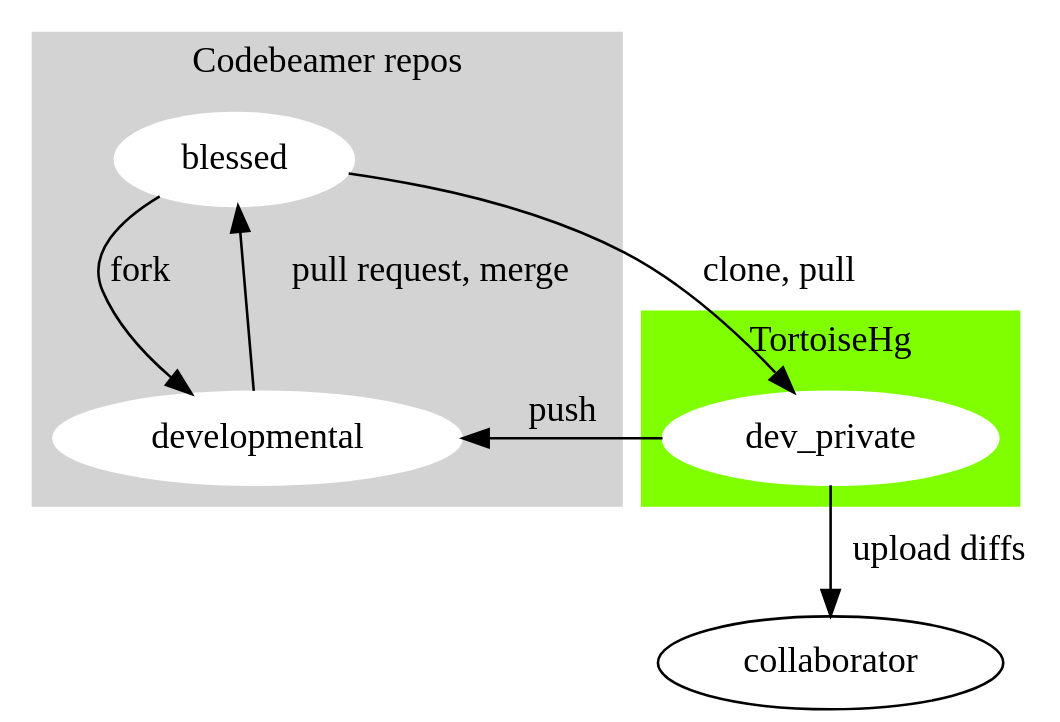
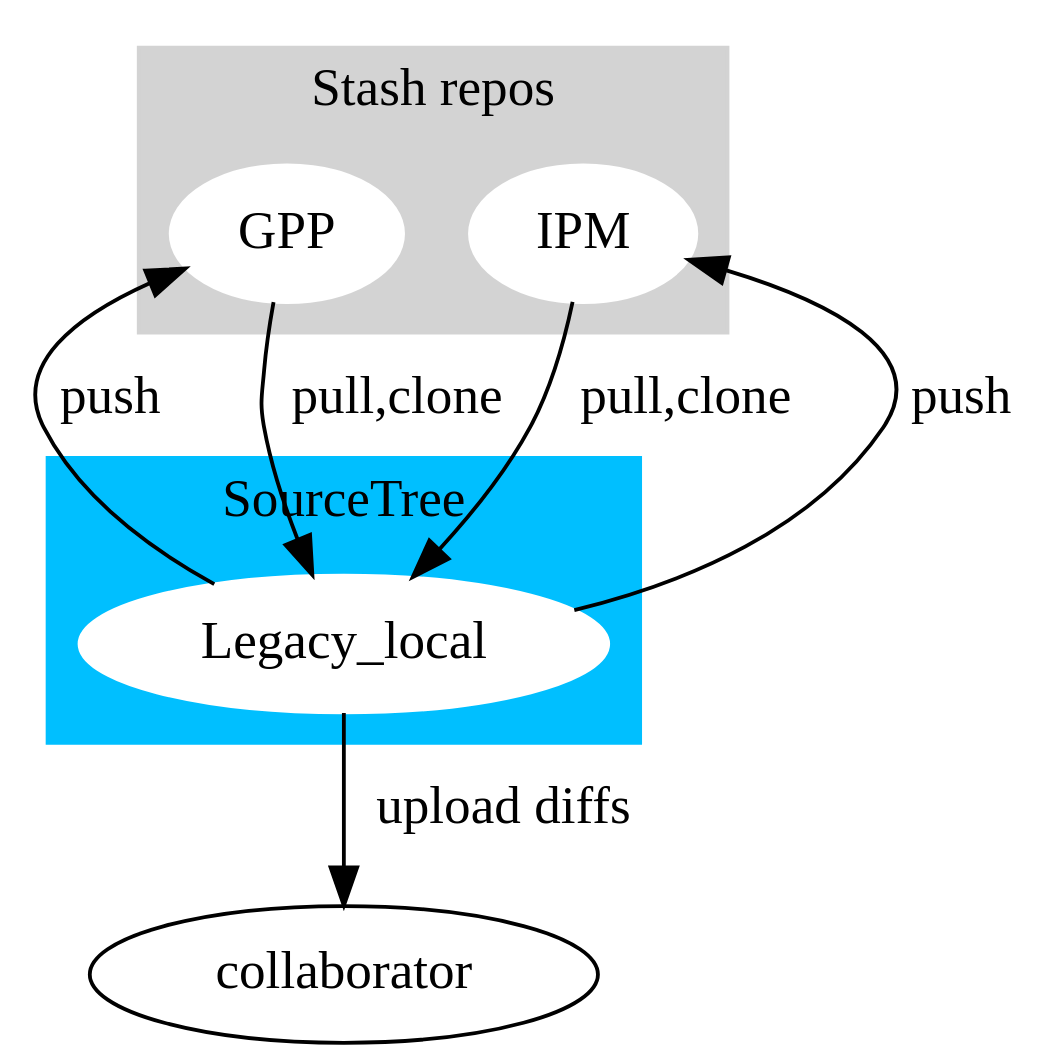
One commit to phoncey/Garfield changed the diagram in workflow.dot. Above: the diagram before and after it, drawn with Graphviz. The commit also changed 1 other file, not shown here.

Commit message:
modified workflow.* for stash/sourcetree workflow

```diff
--- a/workflow.dot
+++ b/workflow.dot
@@ -1,24 +1,27 @@
 
 digraph workflow{
 	size = "50,50!";
 	
 	subgraph cluster_0 {
 		style=filled;
 		color=lightgrey;
 		node [style=filled,color=white];
-		blessed -> developmental[label="fork"];
-		label = "Codebeamer repos"
+		GPP;
+		IPM;
+		label = "Stash repos"
 	}
 	
 	subgraph cluster_1{
 	style=filled;
-	color=chartreuse
+	color=deepskyblue
 	node [style=filled,color=white]
-	dev_private;
-	label = "TortoiseHg"
+	Legacy_local;
+	label = "SourceTree"
 	}
-	developmental -> blessed[label="pull request, merge"];
-	dev_private -> developmental[label ="push"];
-	blessed -> dev_private[label="clone, pull"];
-	dev_private -> collaborator[label="upload diffs"];
+	
+	Legacy_local->GPP[label ="push"];
+	GPP->Legacy_local[label="pull,clone"];
+	Legacy_local->IPM[label ="push"];
+	IPM->Legacy_local[label="pull,clone"];
+	Legacy_local -> collaborator[label="upload diffs"];
 }
```
